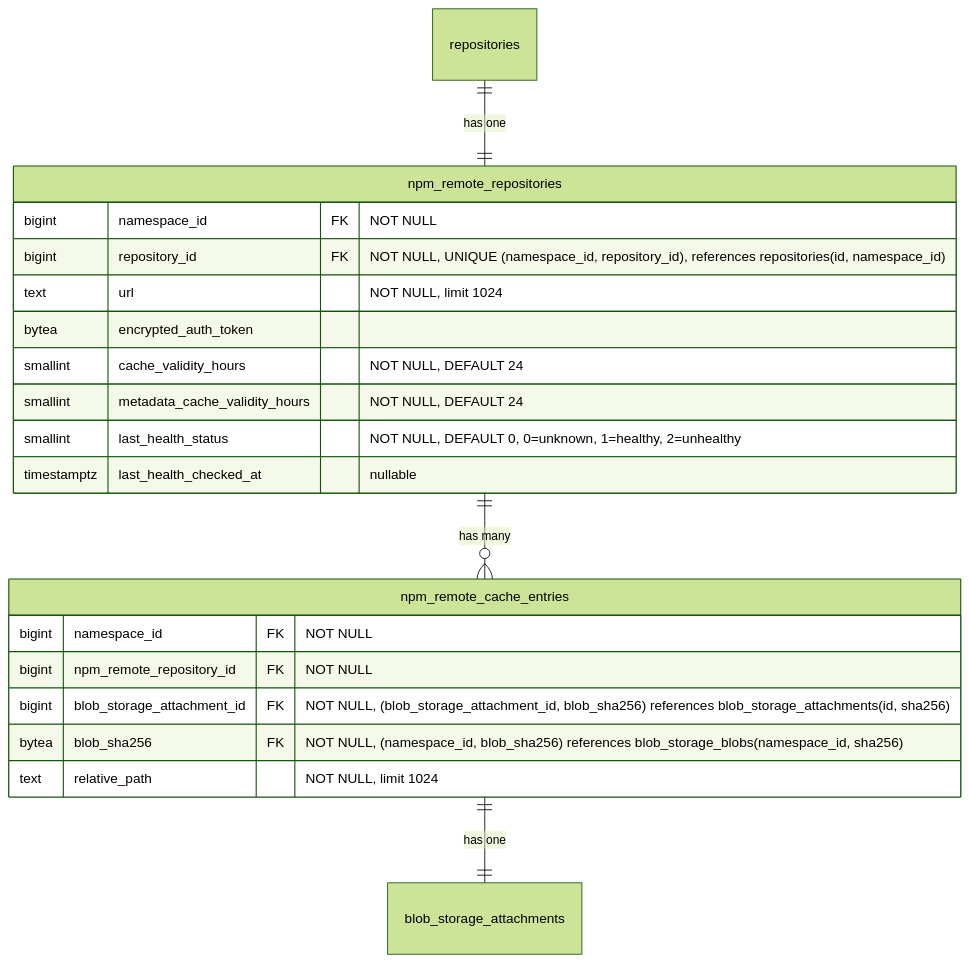
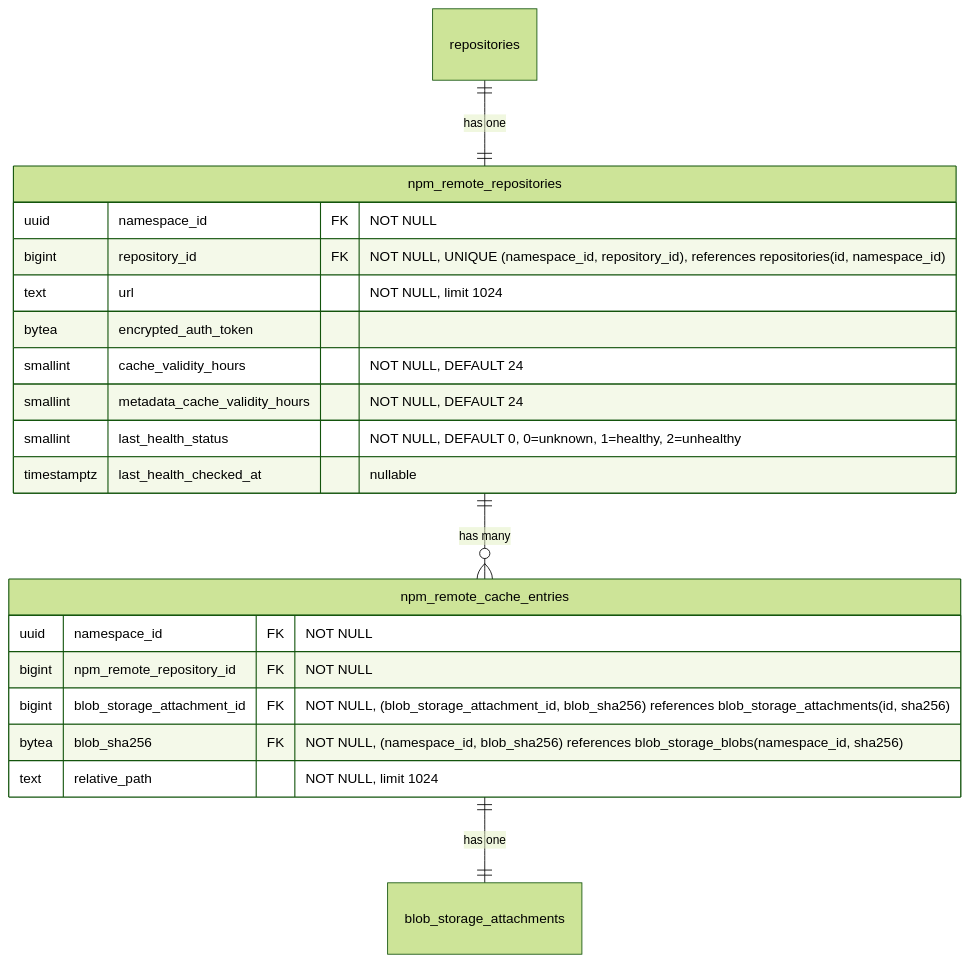
Diagram 14 of 17 in content/handbook/engineering/architecture/design-documents/artifact_registry/decisions/007_database_schema.md (kyama0/gitlab-handbook-ja), drawn with Mermaid (forest theme) before and after one commit. The commit also changed other lines of this file and 10 other files, not shown here.

Commit message:
translation: update 10 modified engineering architecture artifact_registry + ai editor-extensions files

````diff
--- a/content/handbook/engineering/architecture/design-documents/artifact_registry/decisions/007_database_schema.md
+++ b/content/handbook/engineering/architecture/design-documents/artifact_registry/decisions/007_database_schema.md
@@ -1016,25 +1016,25 @@
 ```mermaid
 erDiagram
     repositories ||--|| npm_remote_repositories : "has one"
     npm_remote_repositories ||--o{ npm_remote_cache_entries : "has many"
     npm_remote_cache_entries ||--|| blob_storage_attachments : "has one"
 
     npm_remote_repositories {
-        bigint namespace_id FK "NOT NULL"
+        uuid namespace_id FK "NOT NULL"
         bigint repository_id FK "NOT NULL, UNIQUE (namespace_id, repository_id), references repositories(id, namespace_id)"
         text url "NOT NULL, limit 1024"
         bytea encrypted_auth_token
         smallint cache_validity_hours "NOT NULL, DEFAULT 24"
         smallint metadata_cache_validity_hours "NOT NULL, DEFAULT 24"
         smallint last_health_status "NOT NULL, DEFAULT 0, 0=unknown, 1=healthy, 2=unhealthy"
         timestamptz last_health_checked_at "nullable"
     }
 
     npm_remote_cache_entries {
-        bigint namespace_id FK "NOT NULL"
+        uuid namespace_id FK "NOT NULL"
         bigint npm_remote_repository_id FK "NOT NULL"
         bigint blob_storage_attachment_id FK "NOT NULL, (blob_storage_attachment_id, blob_sha256) references blob_storage_attachments(id, sha256)"
         bytea blob_sha256 FK "NOT NULL, (namespace_id, blob_sha256) references blob_storage_blobs(namespace_id, sha256)"
         text relative_path "NOT NULL, limit 1024"
     }
 ```
````
